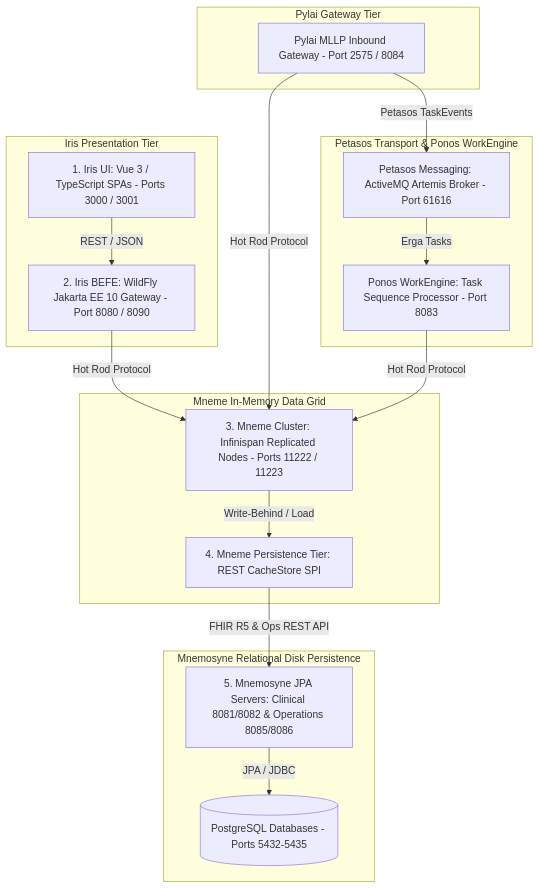
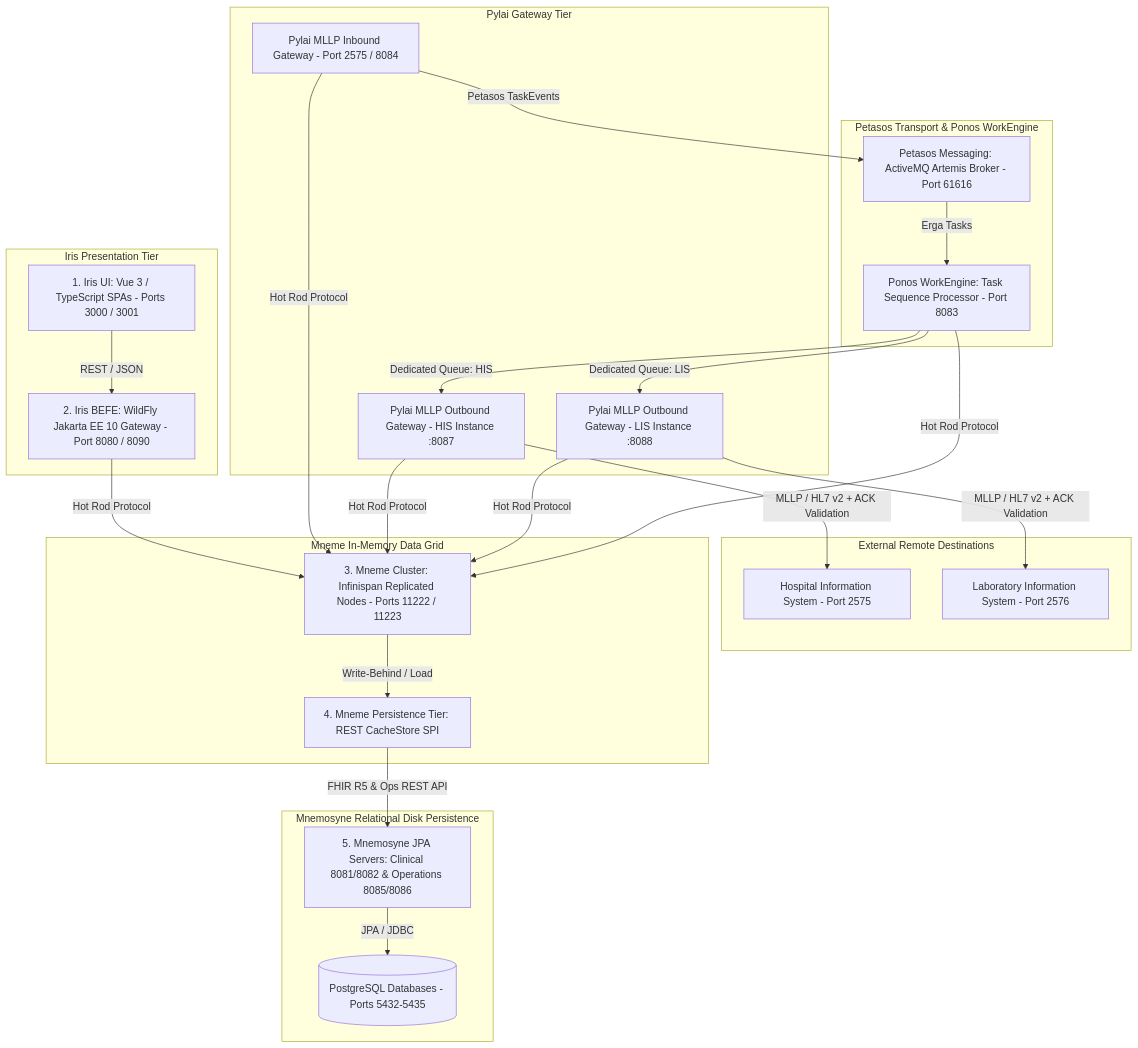
Before and after one commit to fhirfactory/harmonia: the diagram in README.md, drawn with Mermaid. The commit also changed other lines of this file and 11 other files, not shown here.

````diff
--- a/README.md
+++ b/README.md
@@ -33,35 +33,48 @@
 ```mermaid
 graph TD
   subgraph Iris Presentation Tier
     UI[1. Iris UI: Vue 3 / TypeScript SPAs - Ports 3000 / 3001]
     BEFE[2. Iris BEFE: WildFly Jakarta EE 10 Gateway - Port 8080 / 8090]
     UI -->|REST / JSON| BEFE
   end
 
   subgraph Pylai Gateway Tier
-    MLLP[Pylai MLLP Inbound Gateway - Port 2575 / 8084]
+    MLLP_IN[Pylai MLLP Inbound Gateway - Port 2575 / 8084]
+    MLLP_OUT1[Pylai MLLP Outbound Gateway - HIS Instance :8087]
+    MLLP_OUT2[Pylai MLLP Outbound Gateway - LIS Instance :8088]
   end
 
   subgraph Petasos Transport & Ponos WorkEngine
     Petasos[Petasos Messaging: ActiveMQ Artemis Broker - Port 61616]
     Ponos[Ponos WorkEngine: Task Sequence Processor - Port 8083]
-    MLLP -->|Petasos TaskEvents| Petasos
+    MLLP_IN -->|Petasos TaskEvents| Petasos
     Petasos -->|Erga Tasks| Ponos
+    Ponos -->|Dedicated Queue: HIS| MLLP_OUT1
+    Ponos -->|Dedicated Queue: LIS| MLLP_OUT2
+  end
+
+  subgraph External Remote Destinations
+    RemoteHIS[Hospital Information System - Port 2575]
+    RemoteLIS[Laboratory Information System - Port 2576]
+    MLLP_OUT1 -->|MLLP / HL7 v2 + ACK Validation| RemoteHIS
+    MLLP_OUT2 -->|MLLP / HL7 v2 + ACK Validation| RemoteLIS
   end
 
   subgraph Mneme In-Memory Data Grid
     CacheCluster[3. Mneme Cluster: Infinispan Replicated Nodes - Ports 11222 / 11223]
     PersistenceSPI[4. Mneme Persistence Tier: REST CacheStore SPI]
     CacheCluster -->|Write-Behind / Load| PersistenceSPI
     BEFE -->|Hot Rod Protocol| CacheCluster
-    MLLP -->|Hot Rod Protocol| CacheCluster
+    MLLP_IN -->|Hot Rod Protocol| CacheCluster
+    MLLP_OUT1 -->|Hot Rod Protocol| CacheCluster
+    MLLP_OUT2 -->|Hot Rod Protocol| CacheCluster
     Ponos -->|Hot Rod Protocol| CacheCluster
   end
 
   subgraph Mnemosyne Relational Disk Persistence
     MnemosyneCluster[5. Mnemosyne JPA Servers: Clinical 8081/8082 & Operations 8085/8086]
     DB[(PostgreSQL Databases - Ports 5432-5435)]
     PersistenceSPI -->|FHIR R5 & Ops REST API| MnemosyneCluster
     MnemosyneCluster -->|JPA / JDBC| DB
   end
 ```
````
